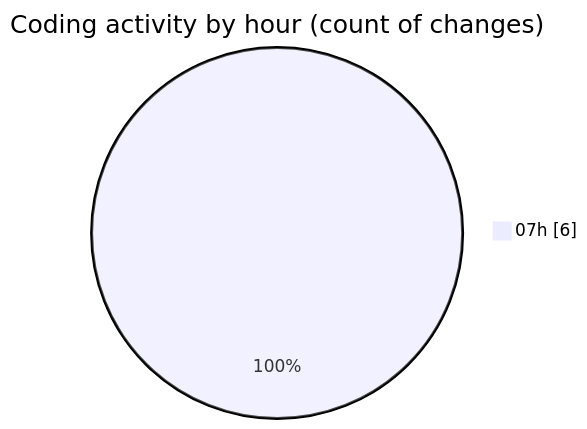
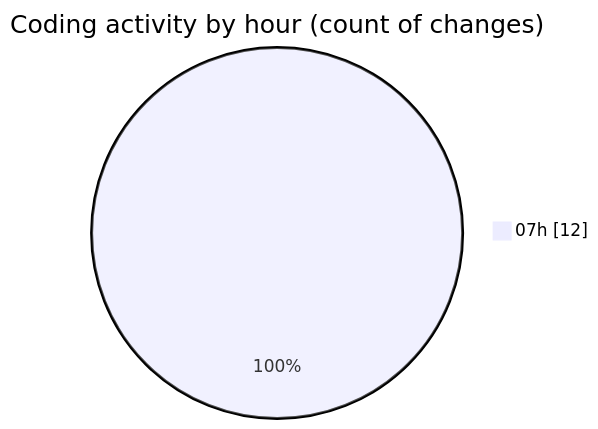
The second of 2 diagrams in 2025-02-05/mbc-web/README.md (robertbonfada/code-tracking), drawn with Mermaid before and after one commit. The commit also changed other lines of this file and 1 other file, not shown here.

````diff
--- a/2025-02-05/mbc-web/README.md
+++ b/2025-02-05/mbc-web/README.md
@@ -28,5 +29,5 @@
 ```mermaid
 pie showData
 title Coding activity by hour (count of changes)
-"07h" : 6
+"07h" : 12
 ```
````
